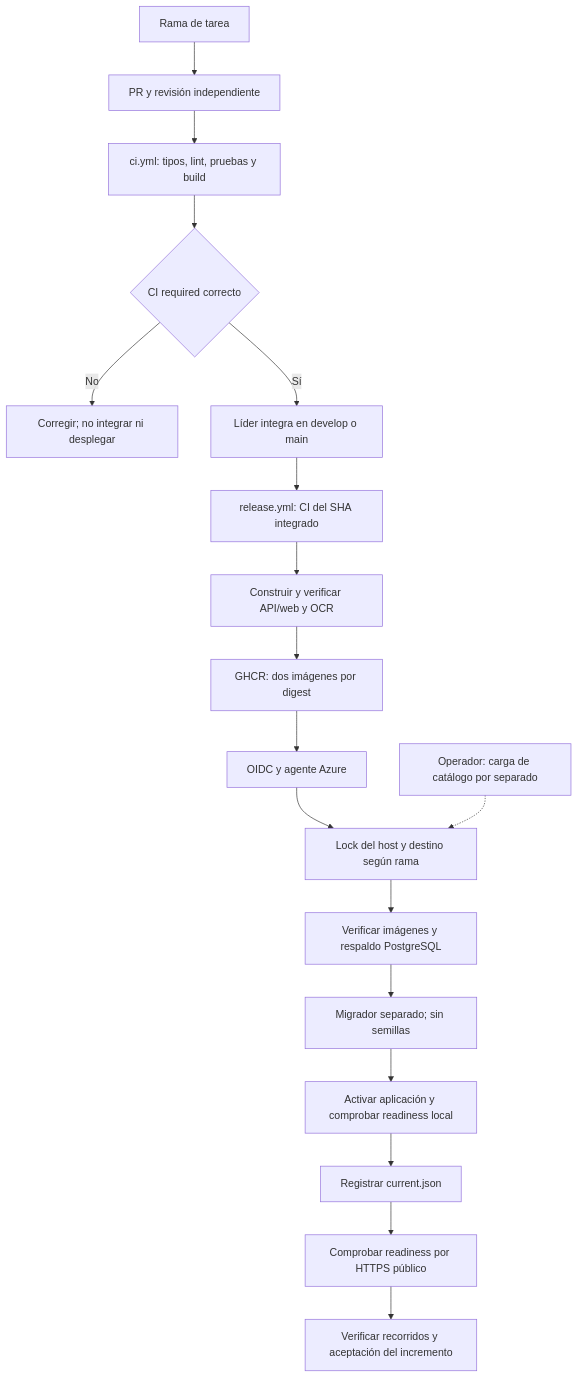
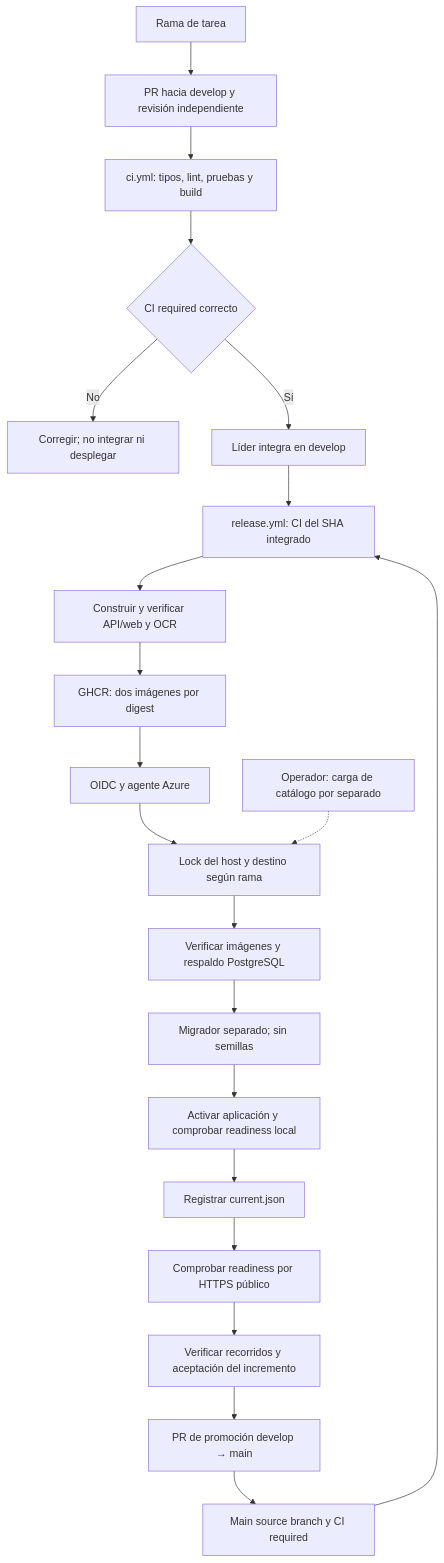
The diagram in deploy/azure/README.md (Menderin/Cenit), drawn with Mermaid before and after one commit. The commit also changed other lines of this file and 4 other files, not shown here.

````diff
--- a/deploy/azure/README.md
+++ b/deploy/azure/README.md
@@ -59,20 +59,23 @@
 ```mermaid
 flowchart TD
-    Rama["Rama de tarea"] --> PR["PR y revisión independiente"]
+    Rama["Rama de tarea"] --> PR["PR hacia develop y revisión independiente"]
     PR --> CI["ci.yml: tipos, lint, pruebas y build"]
     CI --> Gate{"CI required correcto"}
     Gate -->|No| Bloqueo["Corregir; no integrar ni desplegar"]
-    Gate -->|Sí| Merge["Líder integra en develop o main"]
+    Gate -->|Sí| Merge["Líder integra en develop"]
     Merge --> Release["release.yml: CI del SHA integrado"]
     Release --> Imagenes["Construir y verificar API/web y OCR"]
     Imagenes --> Registro["GHCR: dos imágenes por digest"]
     Registro --> Identidad["OIDC y agente Azure"]
     Identidad --> Lock["Lock del host y destino según rama"]
     Lock --> Backup["Verificar imágenes y respaldo PostgreSQL"]
     Backup --> Migrar["Migrador separado; sin semillas"]
     Migrar --> Activar["Activar aplicación y comprobar readiness local"]
     Activar --> Estado["Registrar current.json"]
     Estado --> HTTPS["Comprobar readiness por HTTPS público"]
     HTTPS --> Recorridos["Verificar recorridos y aceptación del incremento"]
+    Recorridos --> Promocion["PR de promoción develop → main"]
+    Promocion --> Origen["Main source branch y CI required"]
+    Origen --> Release
     Operador["Operador: carga de catálogo por separado"] -.-> Lock
 ```
````
